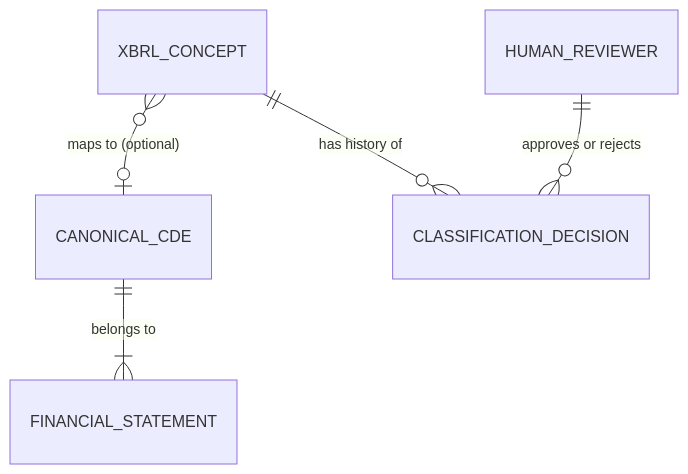
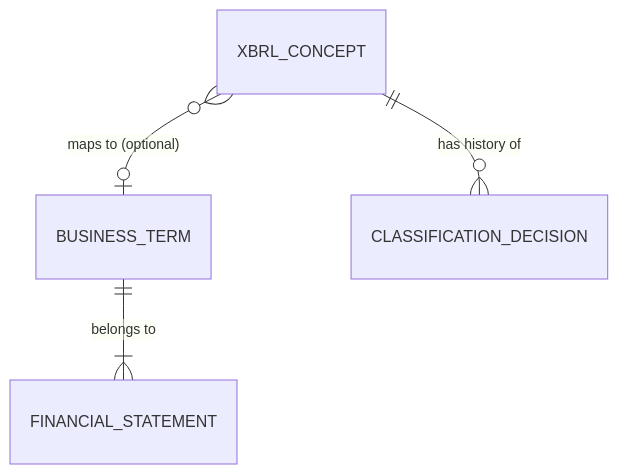
One commit to jcernauske/sec-edgair changed the second of 8 diagrams in README.md. Above: the diagram before and after it, drawn with Mermaid. The commit also changed other lines of this file, not shown here.

````diff
--- a/README.md
+++ b/README.md
@@ -285,7 +198,6 @@
 ```mermaid
 erDiagram
-    XBRL_CONCEPT }o--o| CANONICAL_CDE : "maps to (optional)"
+    XBRL_CONCEPT }o--o| BUSINESS_TERM : "maps to (optional)"
     XBRL_CONCEPT ||--o{ CLASSIFICATION_DECISION : "has history of"
-    CANONICAL_CDE ||--|{ FINANCIAL_STATEMENT : "belongs to"
-    HUMAN_REVIEWER ||--o{ CLASSIFICATION_DECISION : "approves or rejects"
+    BUSINESS_TERM ||--|{ FINANCIAL_STATEMENT : "belongs to"
 ```
````
